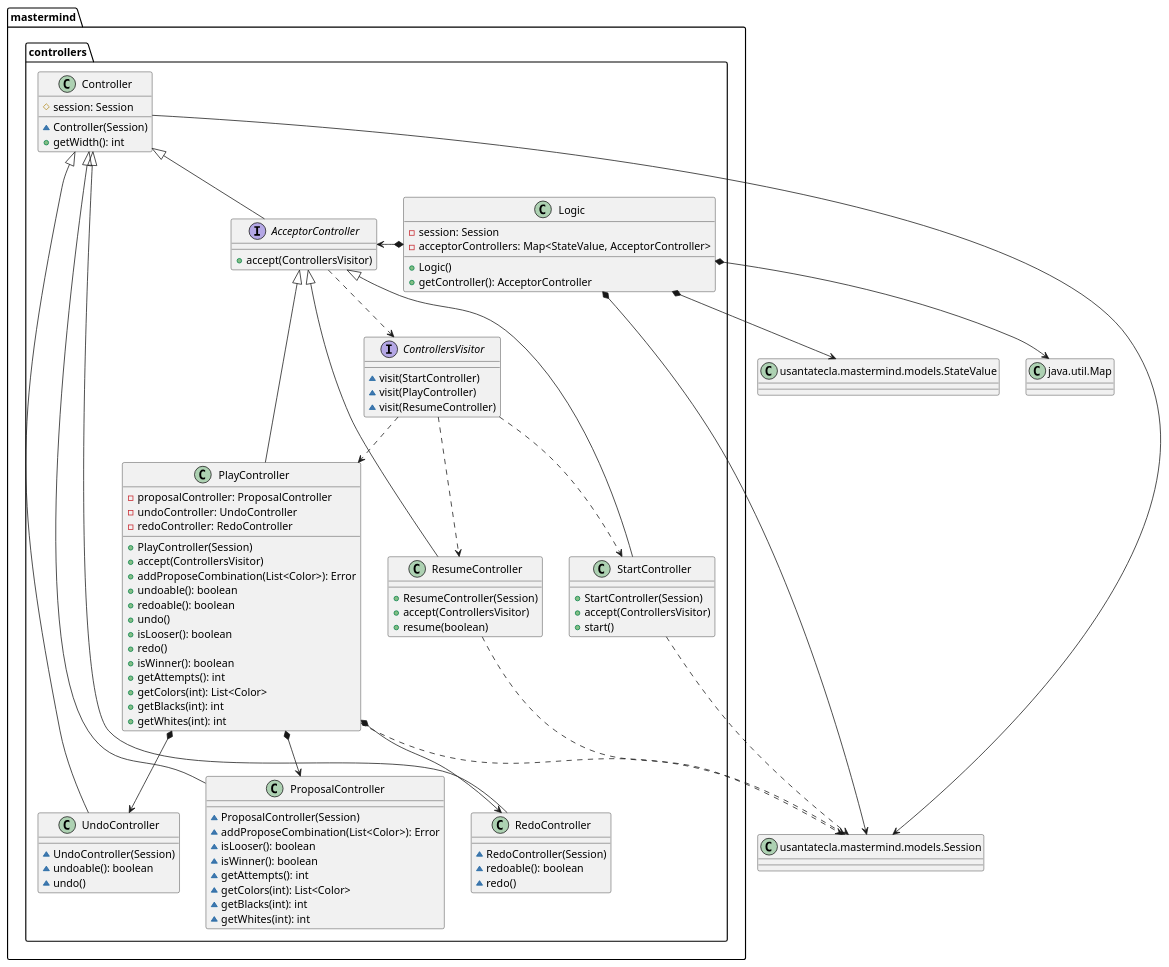
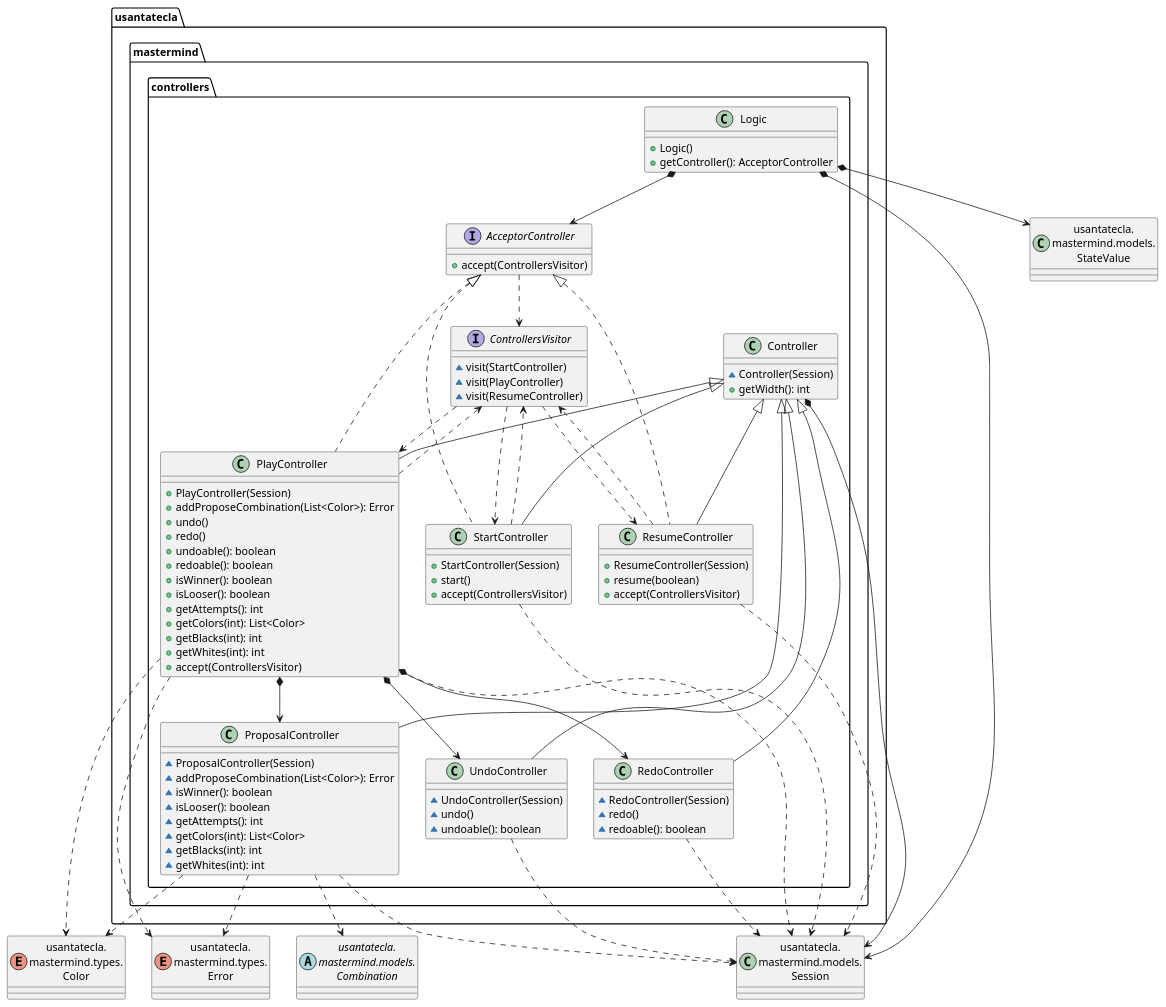
Before and after one commit to SantaTecla-mastermind/solution.java.swing.socket.sql: the third of 6 diagrams in modelViewPresenter/presentationModel/withComposite/docs/diagrams/src/paquetes.plantuml, drawn with PlantUML. The commit also changed other lines of this file and 30 other files, not shown here.

Commit message:
[mvp.pm.withComposite] Fixed some code + fixed all diagrams + README

```diff
--- a/modelViewPresenter/presentationModel/withComposite/docs/diagrams/src/paquetes.plantuml
+++ b/modelViewPresenter/presentationModel/withComposite/docs/diagrams/src/paquetes.plantuml
@@ -217,115 +195,112 @@
 @startuml usantatecla.mastermind.controllers
-class Map as "java.util.Map" {
+abstract class Combination as "usantatecla.\nmastermind.models.\nCombination"
+class Session as "usantatecla.\nmastermind.models.\nSession"
+class StateValue as "usantatecla.\nmastermind.models.\nStateValue"
+enum Color as "usantatecla.\nmastermind.types.\nColor"
+enum Error as "usantatecla.\nmastermind.types.\nError"
 
+interface  usantatecla.mastermind.controllers.AcceptorController{
+    + accept(ControllersVisitor)
+}
+usantatecla.mastermind.controllers.AcceptorController .down.> usantatecla.mastermind.controllers.ControllersVisitor
 
+class  usantatecla.mastermind.controllers.Controller{
+    ~ Controller(Session)
+    + getWidth(): int
 }
-class Session as "usantatecla.mastermind.models.Session" {
+usantatecla.mastermind.controllers.Controller *-down-> Session
 
+interface  usantatecla.mastermind.controllers.ControllersVisitor{
+    ~ visit(StartController)
+    ~ visit(PlayController)
+    ~ visit(ResumeController)
+}
+usantatecla.mastermind.controllers.ControllersVisitor .down.> usantatecla.mastermind.controllers.StartController
+usantatecla.mastermind.controllers.ControllersVisitor .down.> usantatecla.mastermind.controllers.PlayController
+usantatecla.mastermind.controllers.ControllersVisitor .down.> usantatecla.mastermind.controllers.ResumeController
 
+class  usantatecla.mastermind.controllers.Logic{
+    + Logic()
+    + getController(): AcceptorController
 }
-class StateValue as "usantatecla.mastermind.models.StateValue" {
+usantatecla.mastermind.controllers.Logic *-down-> Session
+usantatecla.mastermind.controllers.Logic *-down-> StateValue
+usantatecla.mastermind.controllers.Logic *-down-> usantatecla.mastermind.controllers.AcceptorController
 
+class  usantatecla.mastermind.controllers.PlayController{
+    + PlayController(Session)
+    + addProposeCombination(List<Color>): Error
+    + undo()
+    + redo()
+    + undoable(): boolean
+    + redoable(): boolean
+    + isWinner(): boolean
+    + isLooser(): boolean
+    + getAttempts(): int
+    + getColors(int): List<Color>
+    + getBlacks(int): int
+    + getWhites(int): int
+    + accept(ControllersVisitor)
+}
+usantatecla.mastermind.controllers.AcceptorController <|.down. usantatecla.mastermind.controllers.PlayController
+usantatecla.mastermind.controllers.Controller <|-down- usantatecla.mastermind.controllers.PlayController
+usantatecla.mastermind.controllers.PlayController *-down-> usantatecla.mastermind.controllers.ProposalController
+usantatecla.mastermind.controllers.PlayController *-down-> usantatecla.mastermind.controllers.UndoController
+usantatecla.mastermind.controllers.PlayController *-down-> usantatecla.mastermind.controllers.RedoController
+usantatecla.mastermind.controllers.PlayController .down.> usantatecla.mastermind.controllers.ControllersVisitor
+usantatecla.mastermind.controllers.PlayController .down.> Session
+usantatecla.mastermind.controllers.PlayController .down.> Color
+usantatecla.mastermind.controllers.PlayController .down.> Error
 
+class  usantatecla.mastermind.controllers.ProposalController{
+    ~ ProposalController(Session)
+    ~ addProposeCombination(List<Color>): Error
+    ~ isWinner(): boolean
+    ~ isLooser(): boolean
+    ~ getAttempts(): int
+    ~ getColors(int): List<Color>
+    ~ getBlacks(int): int
+    ~ getWhites(int): int
 }
-interface  mastermind.controllers.AcceptorController{
-+ accept(ControllersVisitor)
+usantatecla.mastermind.controllers.Controller <|-down- usantatecla.mastermind.controllers.ProposalController
+usantatecla.mastermind.controllers.ProposalController .down.> Session
+usantatecla.mastermind.controllers.ProposalController .down.> Combination
+usantatecla.mastermind.controllers.ProposalController .down.> Color
+usantatecla.mastermind.controllers.ProposalController .down.> Error
+
+class  usantatecla.mastermind.controllers.RedoController{
+    ~ RedoController(Session)
+    ~ redo()
+    ~ redoable(): boolean
 }
-mastermind.controllers.Controller <|-down- mastermind.controllers.AcceptorController
-mastermind.controllers.AcceptorController ..> mastermind.controllers.ControllersVisitor
+usantatecla.mastermind.controllers.Controller <|-down- usantatecla.mastermind.controllers.RedoController
+usantatecla.mastermind.controllers.RedoController .down.> Session
 
-class  mastermind.controllers.Controller{
-# session: Session
-~ Controller(Session)
-+ getWidth(): int
+class  usantatecla.mastermind.controllers.ResumeController{
+    + ResumeController(Session)
+    + resume(boolean)
+    + accept(ControllersVisitor)
 }
-mastermind.controllers.Controller -down-> Session
+usantatecla.mastermind.controllers.AcceptorController <|.down. usantatecla.mastermind.controllers.ResumeController
+usantatecla.mastermind.controllers.Controller <|-down- usantatecla.mastermind.controllers.ResumeController
+usantatecla.mastermind.controllers.ResumeController .down.> usantatecla.mastermind.controllers.ControllersVisitor
+usantatecla.mastermind.controllers.ResumeController .down.> Session
 
+class  usantatecla.mastermind.controllers.StartController{
+    + StartController(Session)
+    + start()
+    + accept(ControllersVisitor)
+}
+usantatecla.mastermind.controllers.AcceptorController <|.down. usantatecla.mastermind.controllers.StartController
+usantatecla.mastermind.controllers.Controller <|-down- usantatecla.mastermind.controllers.StartController
+usantatecla.mastermind.controllers.StartController .down.> usantatecla.mastermind.controllers.ControllersVisitor
+usantatecla.mastermind.controllers.StartController .down.> Session
 
-interface  mastermind.controllers.ControllersVisitor{
-~ visit(StartController)
-~ visit(PlayController)
-~ visit(ResumeController)
+class  usantatecla.mastermind.controllers.UndoController{
+    ~ UndoController(Session)
+    ~ undo()
+    ~ undoable(): boolean
 }
-mastermind.controllers.ControllersVisitor ..> mastermind.controllers.ResumeController
-mastermind.controllers.ControllersVisitor ..> mastermind.controllers.StartController
-mastermind.controllers.ControllersVisitor ..> mastermind.controllers.PlayController
-
-class  mastermind.controllers.Logic{
-- session: Session
-- acceptorControllers: Map<StateValue, AcceptorController>
-+ Logic()
-+ getController(): AcceptorController
-}
-
-mastermind.controllers.Logic *-down-> Session
-mastermind.controllers.Logic *-down-> StateValue
-mastermind.controllers.Logic *-down-> Map
-
-mastermind.controllers.Logic *-> mastermind.controllers.AcceptorController
-
-class  mastermind.controllers.PlayController{
-- proposalController: ProposalController
-- undoController: UndoController
-- redoController: RedoController
-+ PlayController(Session)
-+ accept(ControllersVisitor)
-+ addProposeCombination(List<Color>): Error
-+ undoable(): boolean
-+ redoable(): boolean
-+ undo()
-+ isLooser(): boolean
-+ redo()
-+ isWinner(): boolean
-+ getAttempts(): int
-+ getColors(int): List<Color>
-+ getBlacks(int): int
-+ getWhites(int): int
-}
-mastermind.controllers.AcceptorController <|-down- mastermind.controllers.PlayController
-mastermind.controllers.PlayController *-down-> mastermind.controllers.RedoController
-mastermind.controllers.PlayController *-down-> mastermind.controllers.UndoController
-mastermind.controllers.PlayController *-down-> mastermind.controllers.ProposalController
-mastermind.controllers.PlayController ..> Session
-
-class  mastermind.controllers.ProposalController{
-~ ProposalController(Session)
-~ addProposeCombination(List<Color>): Error
-~ isLooser(): boolean
-~ isWinner(): boolean
-~ getAttempts(): int
-~ getColors(int): List<Color>
-~ getBlacks(int): int
-~ getWhites(int): int
-}
-mastermind.controllers.Controller <|-down- mastermind.controllers.ProposalController
-
-class  mastermind.controllers.RedoController{
-~ RedoController(Session)
-~ redoable(): boolean
-~ redo()
-}
-mastermind.controllers.Controller <|-down- mastermind.controllers.RedoController
-
-class  mastermind.controllers.ResumeController{
-+ ResumeController(Session)
-+ accept(ControllersVisitor)
-+ resume(boolean)
-}
-mastermind.controllers.AcceptorController <|-down- mastermind.controllers.ResumeController
-mastermind.controllers.ResumeController ..> Session
-
-class  mastermind.controllers.StartController{
-+ StartController(Session)
-+ accept(ControllersVisitor)
-+ start()
-}
-mastermind.controllers.AcceptorController <|-down- mastermind.controllers.StartController
-mastermind.controllers.StartController ..> Session
-
-class  mastermind.controllers.UndoController{
-~ UndoController(Session)
-~ undoable(): boolean
-~ undo()
-}
-mastermind.controllers.Controller <|-down- mastermind.controllers.UndoController
+usantatecla.mastermind.controllers.Controller <|-down- usantatecla.mastermind.controllers.UndoController
+usantatecla.mastermind.controllers.UndoController .down.> Session
 @enduml
```
